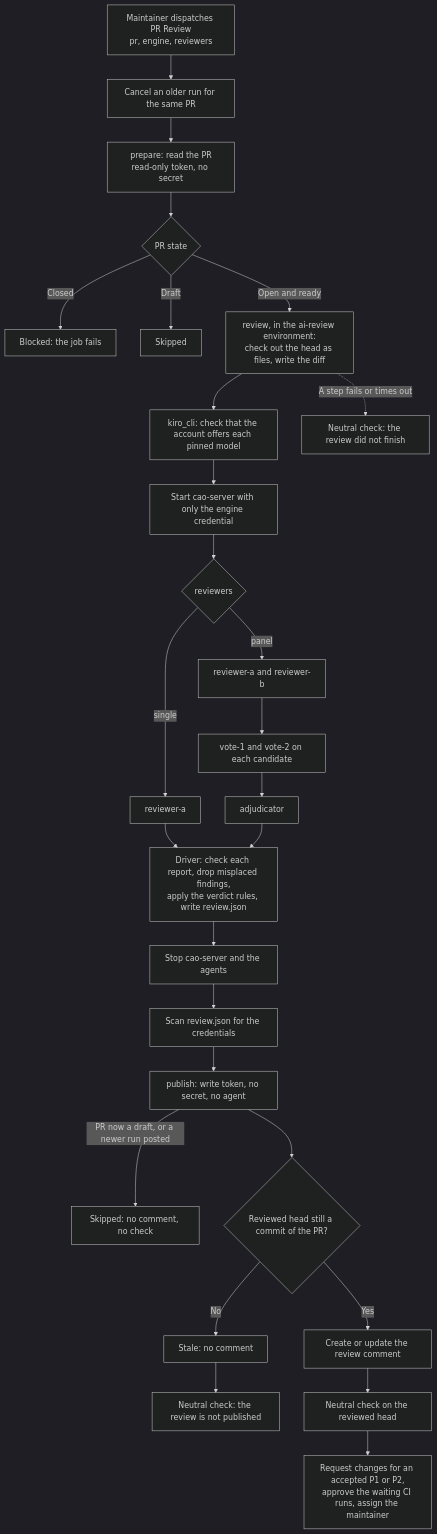
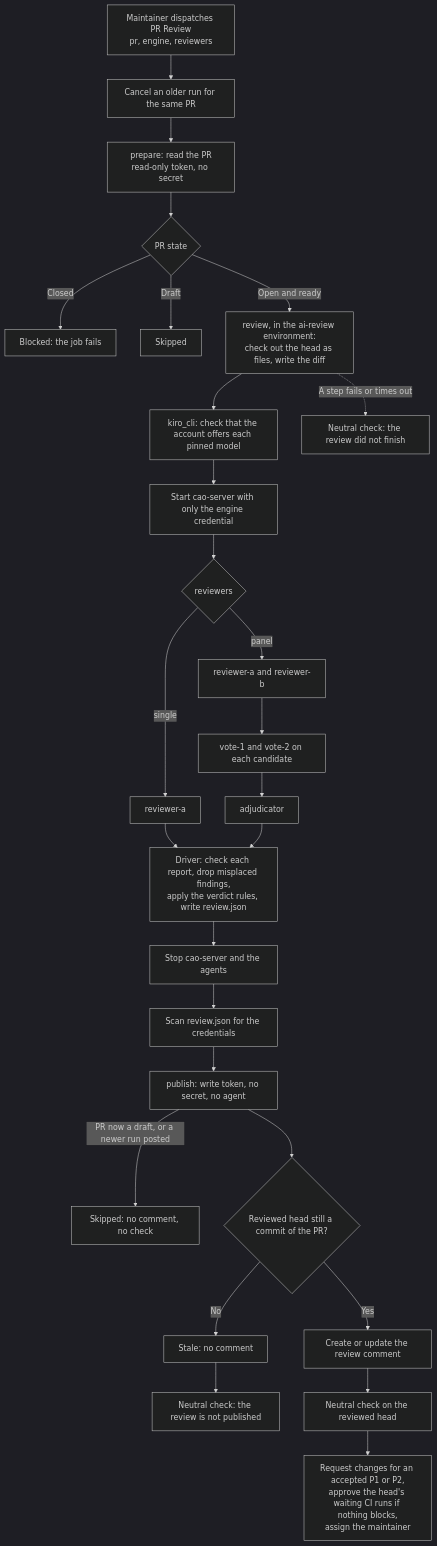
The diagram in docs/pr-review-design.md (awslabs/cli-agent-orchestrator), drawn with Mermaid (dark theme) before and after one commit. The commit also changed other lines of this file and 5 other files, not shown here.

First line of the commit message:
fix(pr-review): approve CI runs only of the reviewed head after a clean review

````diff
--- a/docs/pr-review-design.md
+++ b/docs/pr-review-design.md
@@ -123,29 +123,29 @@
 ```mermaid
 flowchart TD
     Dispatch["Maintainer dispatches PR Review<br/>pr, engine, reviewers"] --> Cancel["Cancel an older run for the same PR"]
     Cancel --> Prepare["prepare: read the PR<br/>read-only token, no secret"]
     Prepare --> Open{"PR state"}
     Open -->|"Closed"| Blocked["Blocked: the job fails"]
     Open -->|"Draft"| Skipped["Skipped"]
     Open -->|"Open and ready"| Setup["review, in the ai-review environment:<br/>check out the head as files, write the diff"]
     Setup --> Models["kiro_cli: check that the account offers each pinned model"]
     Models --> Server["Start cao-server with only the engine credential"]
     Server --> Mode{"reviewers"}
     Mode -->|"single"| One["reviewer-a"]
     Mode -->|"panel"| Two["reviewer-a and reviewer-b"]
     Two --> Votes["vote-1 and vote-2 on each candidate"]
     Votes --> Judge["adjudicator"]
     One --> Rules["Driver: check each report, drop misplaced findings,<br/>apply the verdict rules, write review.json"]
     Judge --> Rules
     Rules --> Stop["Stop cao-server and the agents"]
     Stop --> Scan["Scan review.json for the credentials"]
     Scan --> Publish["publish: write token, no secret, no agent"]
     Publish -->|"PR now a draft, or a newer run posted"| Late["Skipped: no comment, no check"]
     Publish --> Fresh{"Reviewed head still a commit of the PR?"}
     Fresh -->|"No"| Stale["Stale: no comment"]
     Stale --> NotPublished["Neutral check: the review is not published"]
     Fresh -->|"Yes"| Comment["Create or update the review comment"]
     Comment --> Check["Neutral check on the reviewed head"]
-    Check --> Act["Request changes for an accepted P1 or P2,<br/>approve the waiting CI runs, assign the maintainer"]
+    Check --> Act["Request changes for an accepted P1 or P2,<br/>approve the head's waiting CI runs if nothing blocks,<br/>assign the maintainer"]
     Setup -.->|"A step fails or times out"| Failed["Neutral check: the review did not finish"]
 ```
````
